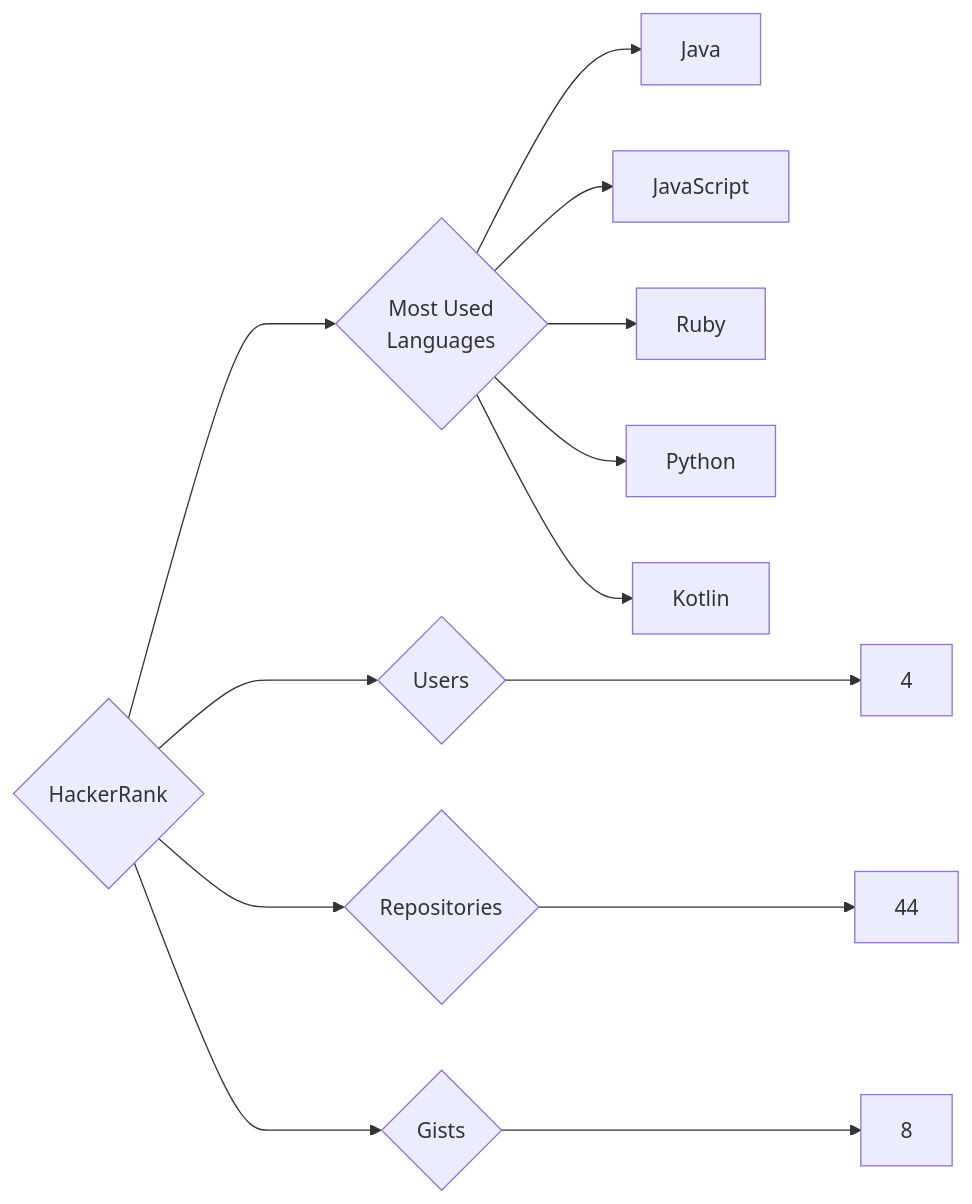
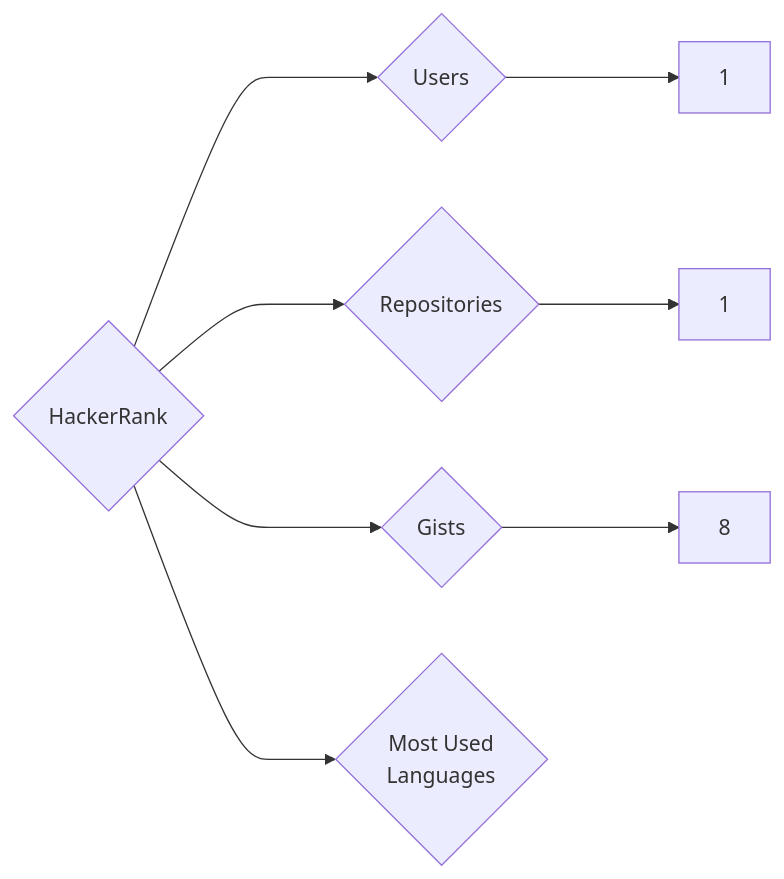
Before and after one commit to trickest/insiders: the diagram in targets/HackerRank/README.md, drawn with Mermaid. The commit also changed 681 other files, not shown here.

````diff
--- a/targets/HackerRank/README.md
+++ b/targets/HackerRank/README.md
@@ -3,13 +3,8 @@
 ```mermaid
 graph LR
 COMPANY_NAME{HackerRank}
-COMPANY_NAME ---> U{Users} ---> UN[4]
-COMPANY_NAME ---> R{Repositories} ---> RN[44]
+COMPANY_NAME ---> U{Users} ---> UN[1]
+COMPANY_NAME ---> R{Repositories} ---> RN[1]
 COMPANY_NAME ---> G{Gists} ---> GN[8]
 COMPANY_NAME ---> ML{Most Used<br>Languages}
-ML --> Java[Java]
-ML --> JavaScript[JavaScript]
-ML --> Ruby[Ruby]
-ML --> Python[Python]
-ML --> Kotlin[Kotlin]
 ```
````
